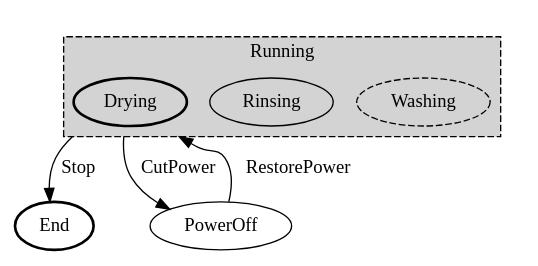
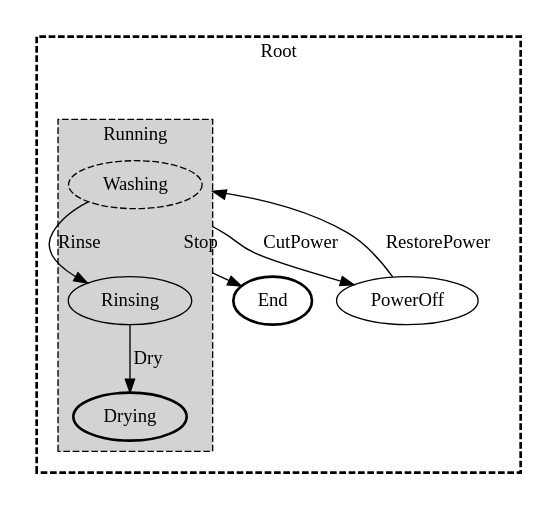
One commit to tangly-team/tangly-os changed the diagram in net.tangly.fsm/src/site/pics/fsm-washer.dot. Above: the diagram before and after it, drawn with Graphviz. The commit also changed 8 other files, not shown here.

```diff
--- a/net.tangly.fsm/src/site/pics/fsm-washer.dot
+++ b/net.tangly.fsm/src/site/pics/fsm-washer.dot
@@ -1,19 +1,43 @@
 digraph G {
   compound=true;
 
+  subgraph cluster1000 {
+    style=invis;
+    subgraph cluster0 {
+      style="visible, dashed, bold";
+      label = "Root"
+      subgraph cluster1001 {
+        style=invis;
+        subgraph cluster1 {
+          style="visible, dashed, filled";
+          label = "Running"
+          Washing [style="dashed"];
+          Rinsing [];
+          Drying [style="bold"];
+        }
+      }
+      End [style="bold"];
+      PowerOff [];
+    }
+  }
   subgraph cluster1001 {
     style=invis;
     subgraph cluster1 {
       style="visible, dashed, filled";
       label = "Running"
       Washing [style="dashed"];
       Rinsing [];
       Drying [style="bold"];
     }
   }
   End [style="bold"];
+  Washing [style="dashed"];
+  Rinsing [];
+  Drying [style="bold"];
   PowerOff [];
-  Drying -> End [ltail=cluster1, label="Stop"];
-  Drying -> PowerOff [ltail=cluster1, label="CutPower"];
-  PowerOff -> Drying [lhead=cluster1, label="RestorePower"];
+  Washing -> End [ltail=cluster1, label="Stop"];
+  Washing -> PowerOff [ltail=cluster1, label="CutPower"];
+  Washing -> Rinsing [label="Rinse"];
+  Rinsing -> Drying [label="Dry"];
+  PowerOff -> Washing [lhead=cluster1, label="RestorePower"];
 }
```
